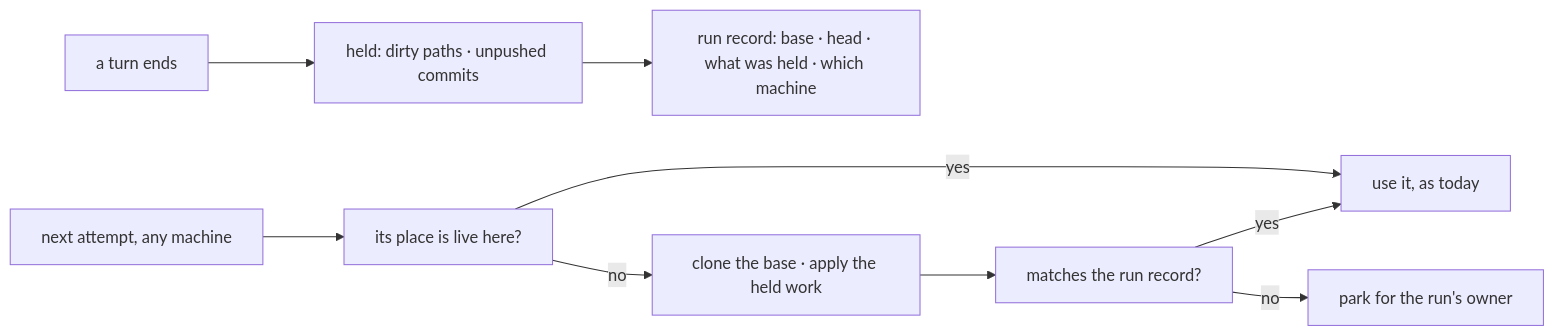
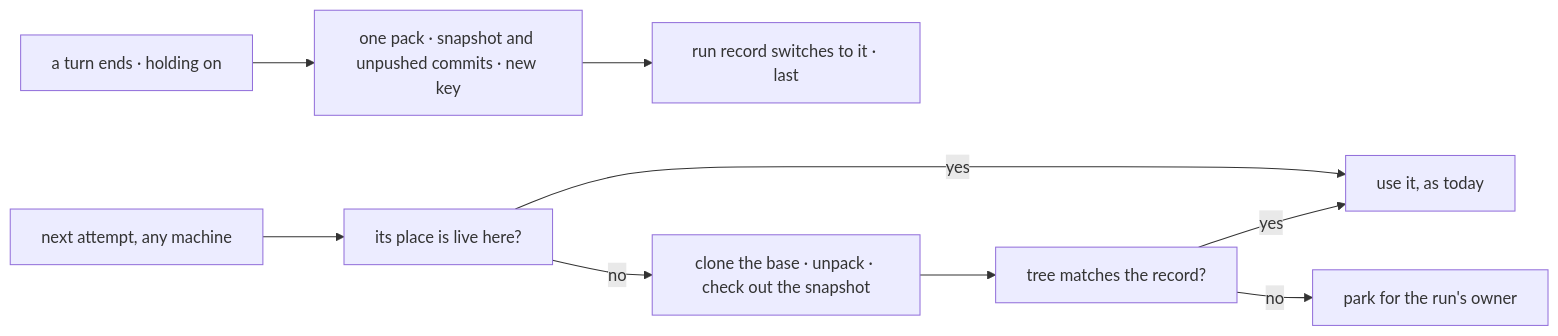
One commit to fixpoint-labs/flow-state-dev changed the second of 2 diagrams in specs/issues/FIX-1766/SPEC.md. Above: the diagram before and after it, drawn with Mermaid. The commit also changed other lines of this file and 9 other files, not shown here.

First line of the commit message:
spec(FIX-1766): amend to git snapshot held in blob storage

````diff
--- a/specs/issues/FIX-1766/SPEC.md
+++ b/specs/issues/FIX-1766/SPEC.md
@@ -75,11 +81,11 @@
 ```mermaid
 flowchart LR
-  T["a turn ends"] --> H["held: dirty paths · unpushed commits"]
-  H --> R["run record: base · head · what was held · which machine"]
+  T["a turn ends · holding on"] --> H["one pack · snapshot and unpushed commits · new key"]
+  H --> R["run record switches to it · last"]
   N["next attempt, any machine"] --> Q["its place is live here?"]
   Q -->|"yes"| U["use it, as today"]
-  Q -->|"no"| B["clone the base · apply the held work"]
-  B --> V["matches the run record?"]
+  Q -->|"no"| B["clone the base · unpack · check out the snapshot"]
+  B --> V["tree matches the record?"]
   V -->|"yes"| U
   V -->|"no"| K["park for the run's owner"]
 ```
````
